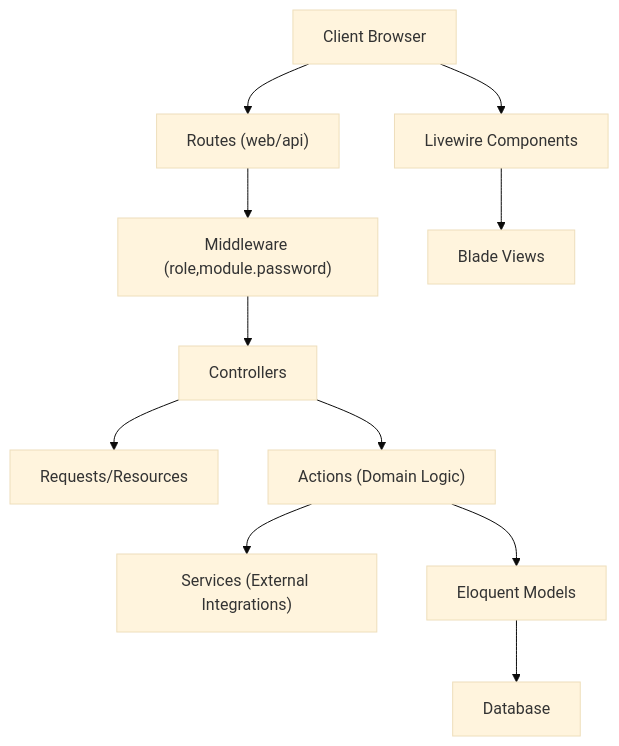
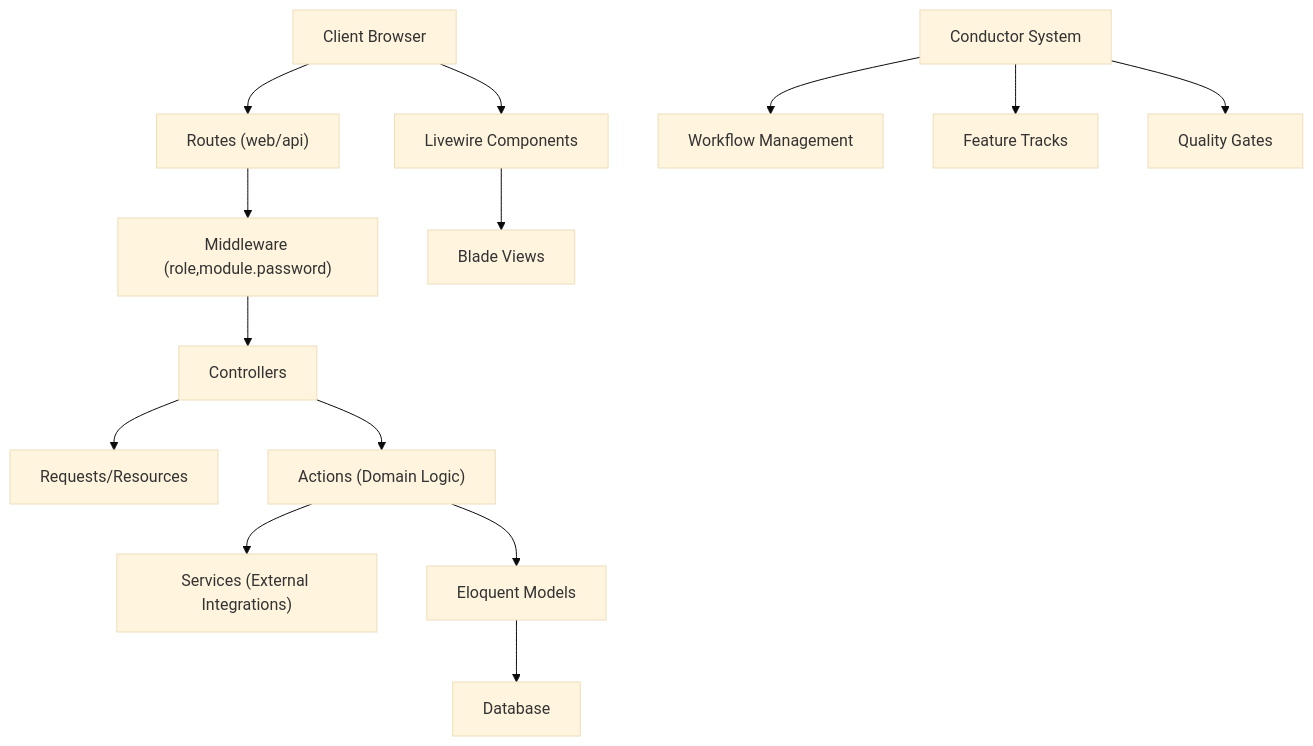
One commit to PA-Penajam/antrian-ptsp changed the third of 9 diagrams in .qoder/repowiki/en/content/Development Guidelines.md. Above: the diagram before and after it, drawn with Mermaid (base theme). The commit also changed other lines of this file and 89 other files, not shown here.

````diff
--- a/.qoder/repowiki/en/content/Development Guidelines.md
+++ b/.qoder/repowiki/en/content/Development Guidelines.md
@@ -123,24 +247,31 @@
 ```mermaid
 graph TB
 CLIENT["Client Browser"]
 ROUTES["Routes (web/api)"]
 MW["Middleware (role,module.password)"]
 CTRL["Controllers"]
 REQ["Requests/Resources"]
 ACT["Actions (Domain Logic)"]
 SVC["Services (External Integrations)"]
 MODEL["Eloquent Models"]
 DB["Database"]
 LVW["Livewire Components"]
 VIEW["Blade Views"]
+CONDUCTOR["Conductor System"]
+WORKFLOW["Workflow Management"]
+TRACKS["Feature Tracks"]
+QUALITY["Quality Gates"]
 CLIENT --> ROUTES
 ROUTES --> MW
 MW --> CTRL
 CTRL --> REQ
 CTRL --> ACT
 ACT --> SVC
 ACT --> MODEL
 MODEL --> DB
 LVW --> VIEW
 CLIENT --> LVW
+CONDUCTOR --> WORKFLOW
+CONDUCTOR --> TRACKS
+CONDUCTOR --> QUALITY
 ```
````
